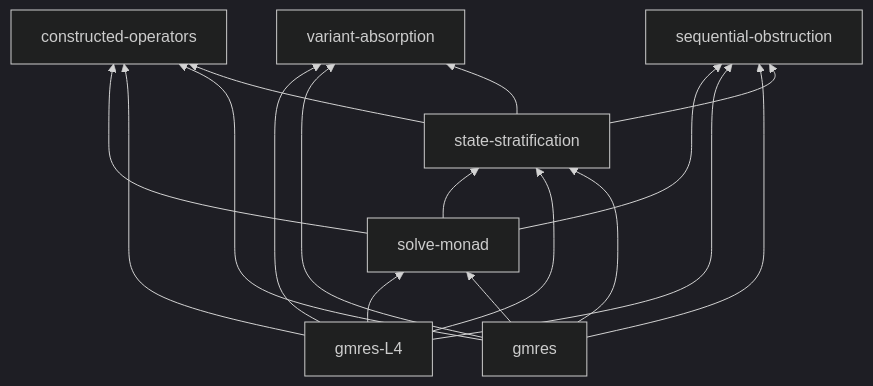
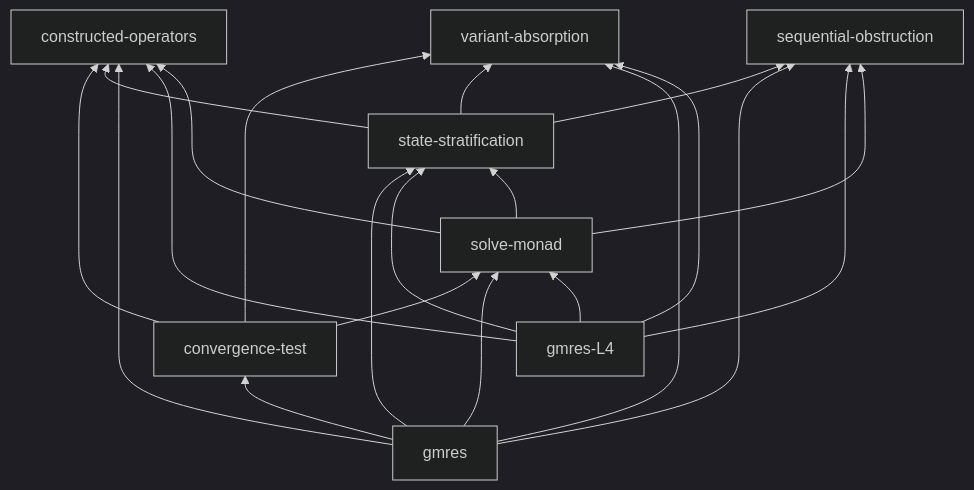
Before and after one commit to crutcher/palace_whiteroom: the fifth of 5 diagrams in book/src/concepts/dependency-map.md, drawn with Mermaid (dark theme). The commit also changed 6 other files, not shown here.

````diff
--- a/book/src/concepts/dependency-map.md
+++ b/book/src/concepts/dependency-map.md
@@ -118,19 +118,23 @@
 ```mermaid
 graph BT
   solve-monad --> state-stratification
   solve-monad --> constructed-operators
   solve-monad --> sequential-obstruction
   gmres-L4 --> state-stratification
   gmres-L4 --> solve-monad
   gmres-L4 --> constructed-operators
   gmres-L4 --> variant-absorption
   gmres-L4 --> sequential-obstruction
   gmres --> state-stratification
   gmres --> solve-monad
   gmres --> constructed-operators
   gmres --> variant-absorption
   gmres --> sequential-obstruction
   state-stratification --> constructed-operators
   state-stratification --> variant-absorption
   state-stratification --> sequential-obstruction
+  convergence-test --> constructed-operators
+  convergence-test --> variant-absorption
+  convergence-test --> solve-monad
+  gmres --> convergence-test
 ```
````
